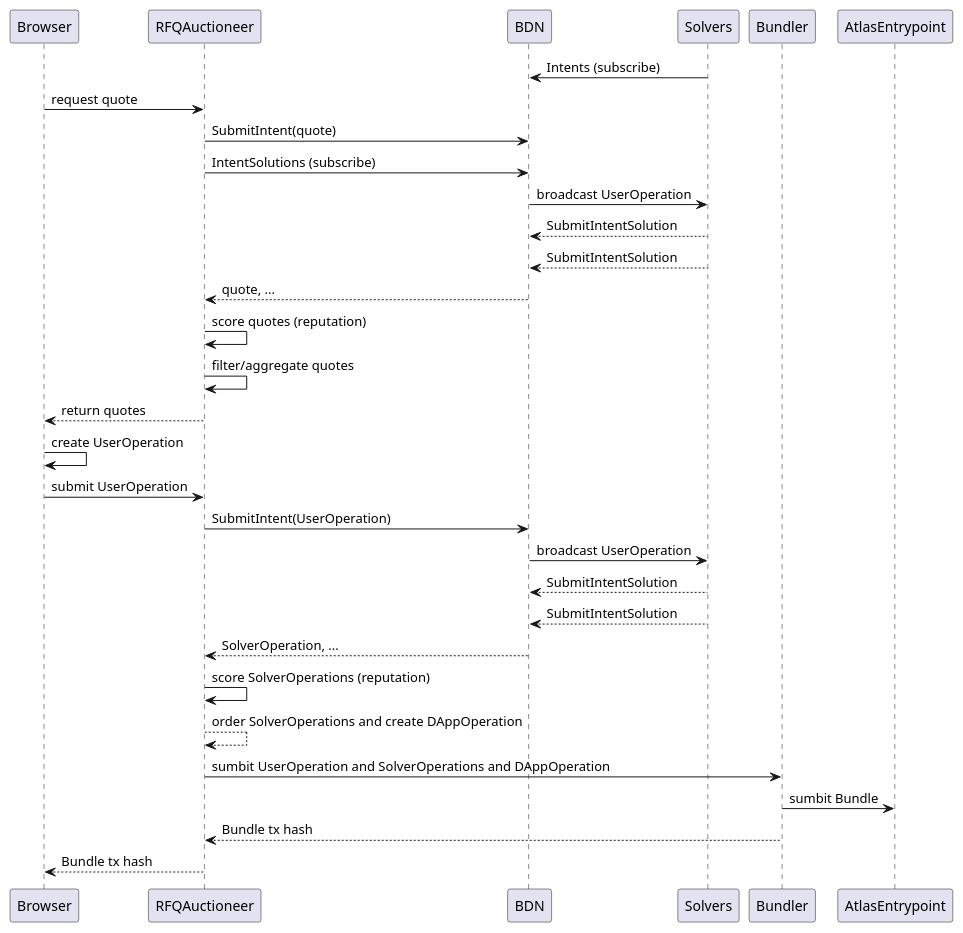
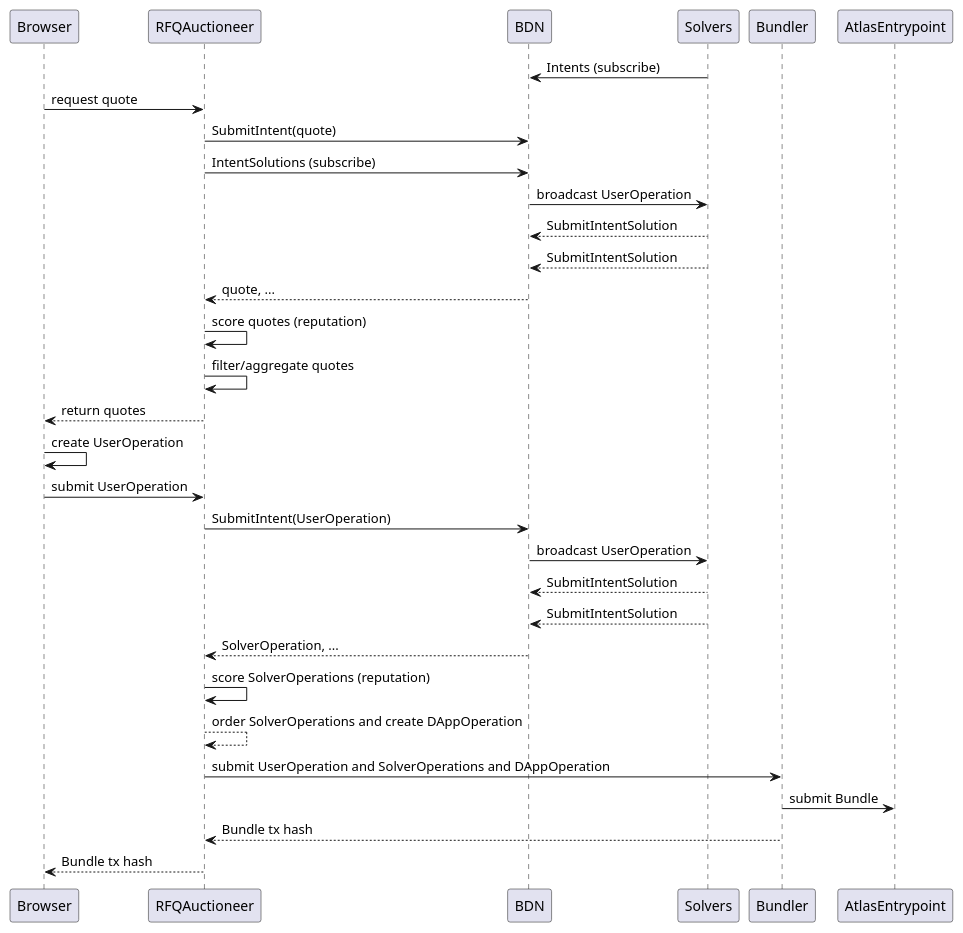
Before and after one commit to FastLane-Labs/atlas-sdk: the diagram in docs/rfq-process.puml, drawn with PlantUML.

```diff
--- a/docs/rfq-process.puml
+++ b/docs/rfq-process.puml
@@ -1,33 +1,33 @@
 @startuml
 participant Browser
 participant RFQAuctioneer
 participant BDN
 participant Solvers
 participant Bundler
 participant AtlasEntrypoint
 
 Solvers -> BDN : Intents (subscribe)
 Browser -> RFQAuctioneer : request quote
 RFQAuctioneer -> BDN : SubmitIntent(quote)
 RFQAuctioneer -> BDN : IntentSolutions (subscribe)
 BDN -> Solvers : broadcast UserOperation
 Solvers --> BDN : SubmitIntentSolution
 Solvers --> BDN : SubmitIntentSolution
 BDN --> RFQAuctioneer : quote, ...
 RFQAuctioneer -> RFQAuctioneer : score quotes (reputation)
 RFQAuctioneer -> RFQAuctioneer : filter/aggregate quotes
 RFQAuctioneer --> Browser : return quotes
 Browser -> Browser : create UserOperation
 Browser -> RFQAuctioneer : submit UserOperation
 RFQAuctioneer -> BDN : SubmitIntent(UserOperation)
 BDN -> Solvers : broadcast UserOperation
 Solvers --> BDN : SubmitIntentSolution
 Solvers --> BDN : SubmitIntentSolution
 BDN --> RFQAuctioneer : SolverOperation, ...
 RFQAuctioneer -> RFQAuctioneer : score SolverOperations (reputation)
 RFQAuctioneer --> RFQAuctioneer : order SolverOperations and create DAppOperation
-RFQAuctioneer -> Bundler : sumbit UserOperation and SolverOperations and DAppOperation
-Bundler -> AtlasEntrypoint : sumbit Bundle
+RFQAuctioneer -> Bundler : submit UserOperation and SolverOperations and DAppOperation
+Bundler -> AtlasEntrypoint : submit Bundle
 Bundler --> RFQAuctioneer: Bundle tx hash
 RFQAuctioneer --> Browser : Bundle tx hash
 @enduml
```
